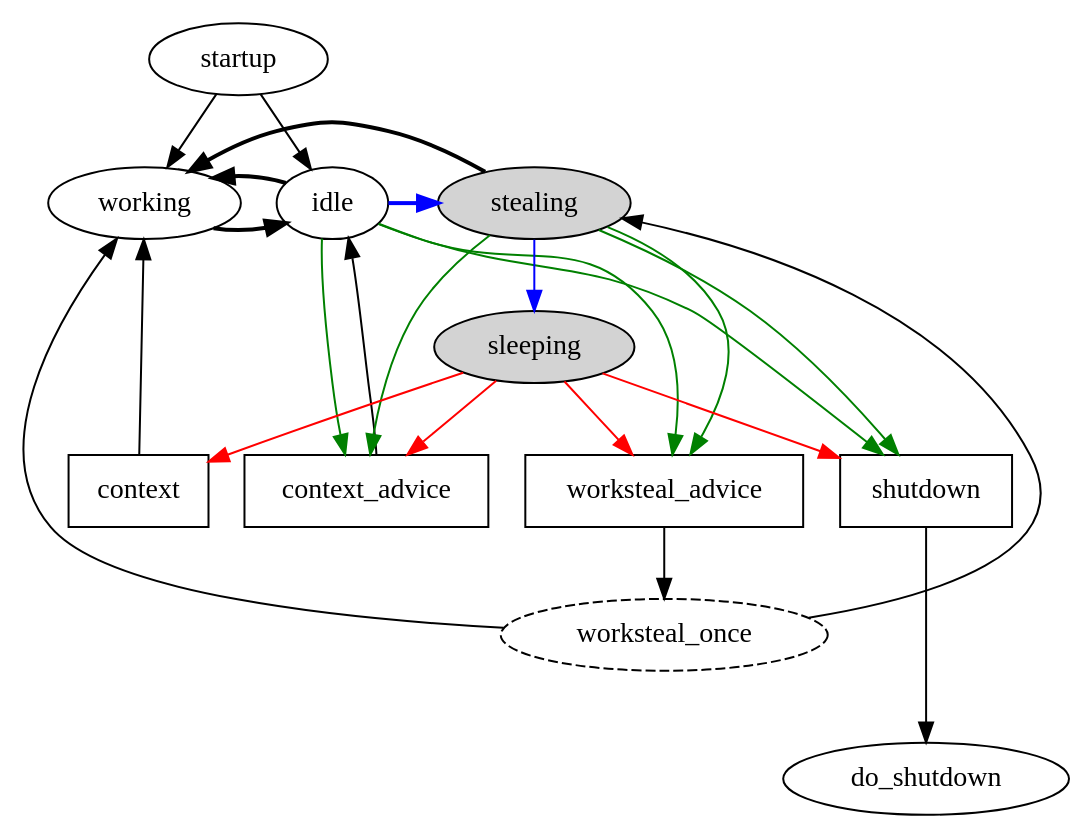
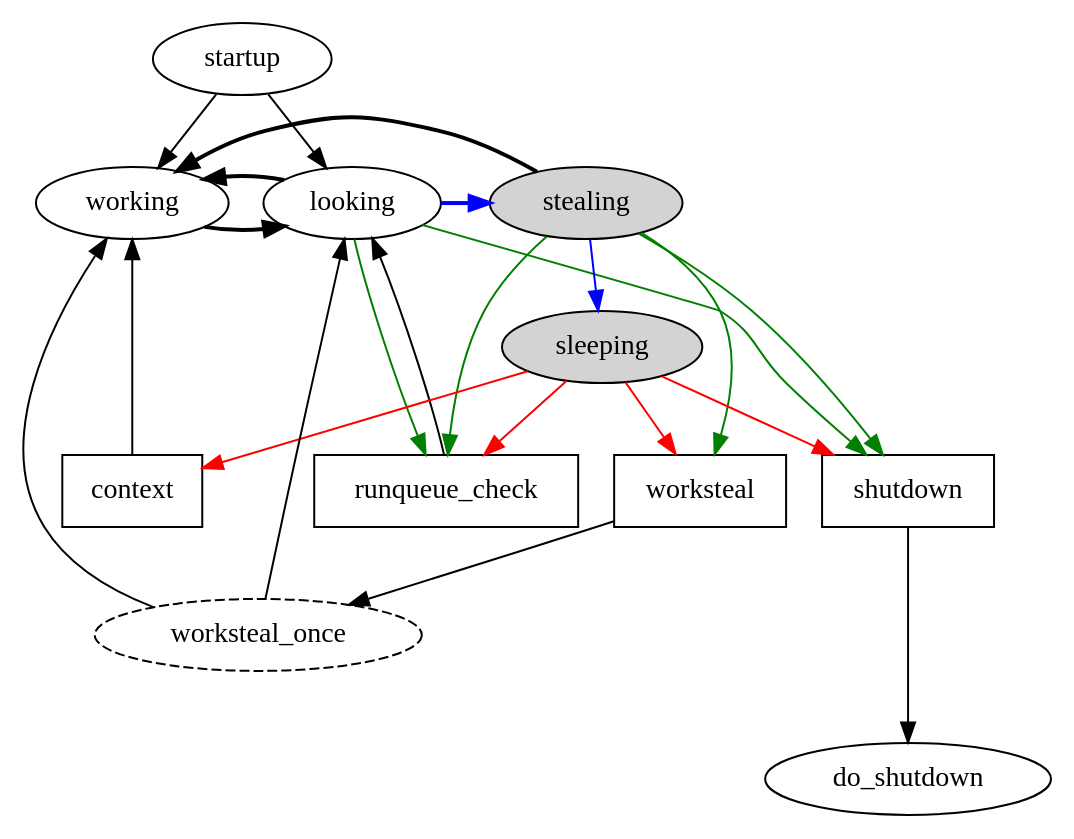
Before and after one commit to PaulBone/pbone_thesis: the diagram in pics/engine_state.dot, drawn with Graphviz. The commit also changed 2 other files, not shown here.

```diff
--- a/pics/engine_state.dot
+++ b/pics/engine_state.dot
@@ -1,102 +1,78 @@
 digraph G {
 //    rankdir=LR;
 
     { rank=source; startup };
-    { rank=same; context; context_advice; worksteal_advice };
+    { rank=same; context; runqueue_check; worksteal };
     //{ rank=same; stealing; sleeping; };
     { rank=sink; do_shutdown };
-    { rank=same; working; idle; stealing; };
+    { rank=same; working; looking; stealing; };
 
-    // { rank=same; working; idle; sleeping; };
-
-/*
-    //subgraph cluster_working {
-
-        //working;
-        //idle;
-        context_advice [label="context or worksteal advice" shape=rectangle];
-        context_advice2 [label="context_advice" shape=rectangle];
-        context [shape=rectangle];
-        //worksteal [shape=rectangle];
-    //    label = "counted as working";
-    //}
-*/
-
-/*
-    subgraph cluster_idle {
-
-        stealing;
-        sleeping;
-        soft_was_stealing [label="context or worksteal advice" shape=rectangle];
-        label = "counted as idle";
-    };
-*/
+    // { rank=same; working; looking; sleeping; };
 
     // Styles for 'idle' states.
     sleeping [style=filled fillcolor=lightgrey];
     stealing [style=filled fillcolor=lightgrey];
 
     // Shapes for notifications
     shutdown [shape=rectangle];
     context [shape=rectangle];
-    context_advice [shape=rectangle];
-    worksteal_advice [shape=rectangle];
+    runqueue_check [shape=rectangle];
+    worksteal [shape=rectangle];
 
     // Illistrative only.
     worksteal_once [style=dashed];
 
     /*
      * Normal operation.
      */
     
     // Primordial engine.
     startup -> working;
     
     // Worker engines.
-    startup -> idle;
+    startup -> looking;
 
     // Finished work.
-    working -> idle [style=bold];
+    working -> looking [style=bold];
 
     // Looking for work.
-    idle -> working [style=bold];
+    looking -> working [style=bold];
     stealing -> working [style=bold];
     // Other transitions use CAS below.
 
     // Respond to notifications.
     shutdown -> do_shutdown;
 
-    // We do the same action as idle does anyway.
-    context_advice -> idle;
+    // We do the same action as looking does anyway.
+    runqueue_check -> looking;
 
-    worksteal_advice -> worksteal_once;
+    worksteal -> worksteal_once;
 
     worksteal_once -> working;
-    worksteal_once -> stealing;
+    worksteal_once -> looking;
 
     context -> working;
 
     /* CAS Transitions */
     edge [color=blue];
-    idle -> stealing [style=bold];
+    looking -> stealing [style=bold];
     stealing -> sleeping;
 
     /* Locked transitions from other engines */
     edge [color=red];
     sleeping -> context;
-    sleeping -> context_advice;
-    sleeping -> worksteal_advice;
+    sleeping -> runqueue_check;
+    sleeping -> worksteal;
     sleeping -> shutdown;
 
     /* CAS transitions from other engines */
     edge [color=green];
-    idle -> context_advice;
-    idle -> worksteal_advice;
-    stealing -> context_advice;
-    stealing -> worksteal_advice;
+    looking -> runqueue_check;
+    stealing -> runqueue_check;
+    stealing -> worksteal;
 
     // safe because there will be no other work
-    idle -> shutdown;
+    looking -> shutdown;
     stealing -> shutdown;
 
 }
```
